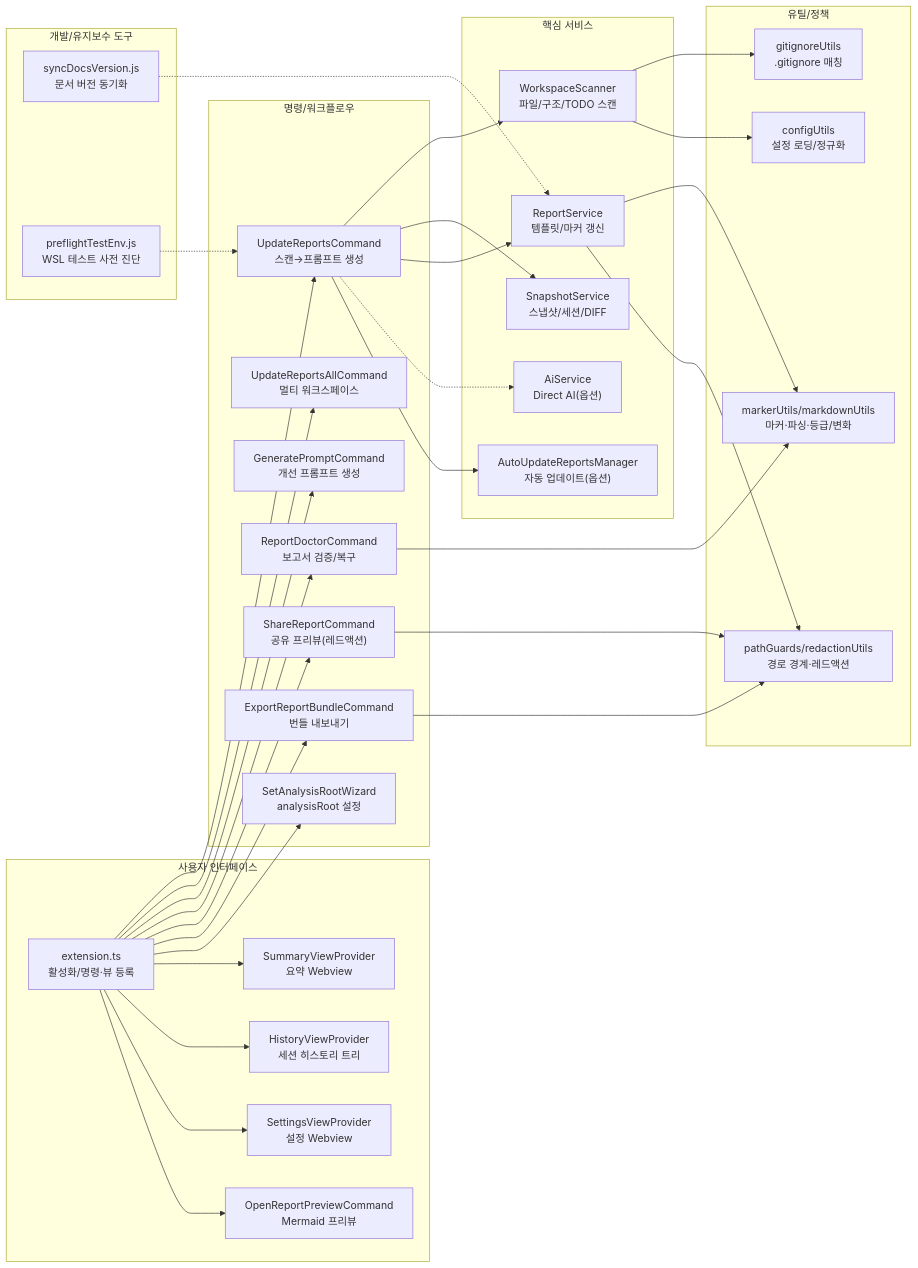
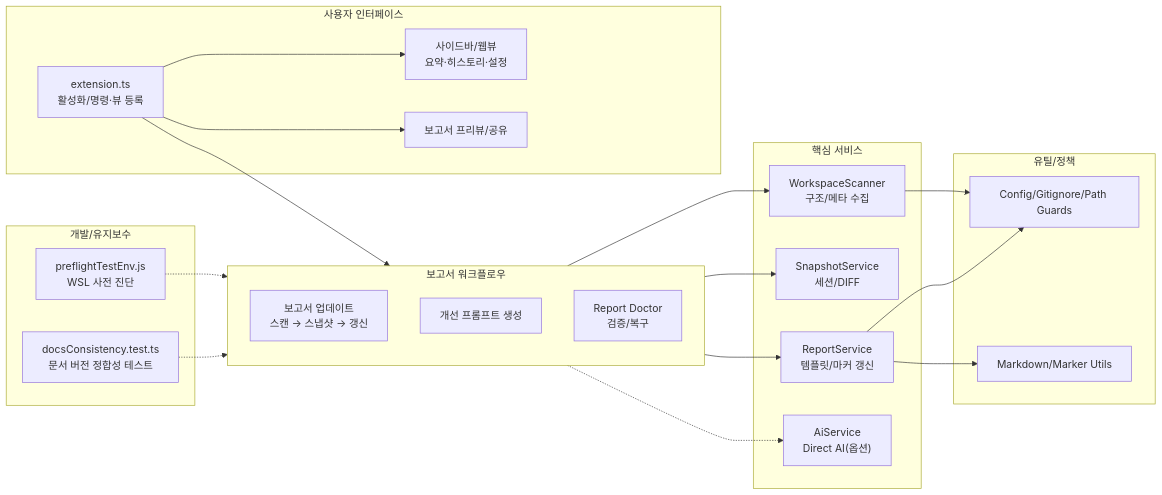
Before and after one commit to Stankjedi/projectmanager: the diagram in devplan/Project_Evaluation_Report.md, drawn with Mermaid. The commit also changed other lines of this file and 9 other files, not shown here.

````diff
--- a/devplan/Project_Evaluation_Report.md
+++ b/devplan/Project_Evaluation_Report.md
@@ -85,68 +84,47 @@
 ```mermaid
 flowchart LR
     subgraph UI["사용자 인터페이스"]
         Ext["extension.ts<br/>활성화/명령·뷰 등록"]
-        Summary["SummaryViewProvider<br/>요약 Webview"]
-        History["HistoryViewProvider<br/>세션 히스토리 트리"]
-        Settings["SettingsViewProvider<br/>설정 Webview"]
-        Preview["OpenReportPreviewCommand<br/>Mermaid 프리뷰"]
+        Views["사이드바/웹뷰<br/>요약·히스토리·설정"]
+        Preview["보고서 프리뷰/공유"]
     end
 
-    subgraph Commands["명령/워크플로우"]
-        Update["UpdateReportsCommand<br/>스캔→프롬프트 생성"]
-        UpdateAll["UpdateReportsAllCommand<br/>멀티 워크스페이스"]
-        GenPrompt["GeneratePromptCommand<br/>개선 프롬프트 생성"]
-        Doctor["ReportDoctorCommand<br/>보고서 검증/복구"]
-        Share["ShareReportCommand<br/>공유 프리뷰(레드액션)"]
-        Export["ExportReportBundleCommand<br/>번들 내보내기"]
-        RootWizard["SetAnalysisRootWizard<br/>analysisRoot 설정"]
+    subgraph Workflow["보고서 워크플로우"]
+        Update["보고서 업데이트<br/>스캔 → 스냅샷 → 갱신"]
+        Prompt["개선 프롬프트 생성"]
+        Doctor["Report Doctor<br/>검증/복구"]
     end
 
-    subgraph Services["핵심 서비스"]
-        Scanner["WorkspaceScanner<br/>파일/구조/TODO 스캔"]
-        Snapshot["SnapshotService<br/>스냅샷/세션/DIFF"]
+    subgraph Core["핵심 서비스"]
+        Scanner["WorkspaceScanner<br/>구조/메타 수집"]
+        Snapshot["SnapshotService<br/>세션/DIFF"]
         ReportSvc["ReportService<br/>템플릿/마커 갱신"]
-        Watcher["AutoUpdateReportsManager<br/>자동 업데이트(옵션)"]
         AI["AiService<br/>Direct AI(옵션)"]
     end
 
-    subgraph Utils["유틸/정책"]
-        Markers["markerUtils/markdownUtils<br/>마커·파싱·등급/변화"]
-        Guards["pathGuards/redactionUtils<br/>경로 경계·레드액션"]
-        Gitignore["gitignoreUtils<br/>.gitignore 매칭"]
-        Config["configUtils<br/>설정 로딩/정규화"]
+    subgraph Policy["유틸/정책"]
+        Rules["Config/Gitignore/Path Guards"]
+        Markdown["Markdown/Marker Utils"]
     end
 
-    subgraph Tooling["개발/유지보수 도구"]
-        DocsSync["syncDocsVersion.js<br/>문서 버전 동기화"]
-        Preflight["preflightTestEnv.js<br/>WSL 테스트 사전 진단"]
+    subgraph Tooling["개발/유지보수"]
+        Preflight["preflightTestEnv.js<br/>WSL 사전 진단"]
+        DocsCheck["docsConsistency.test.ts<br/>문서 버전 정합성 테스트"]
     end
 
-    Ext --> Update
-    Ext --> UpdateAll
-    Ext --> GenPrompt
-    Ext --> Doctor
-    Ext --> Share
-    Ext --> Export
-    Ext --> RootWizard
-    Ext --> Summary
-    Ext --> History
-    Ext --> Settings
+    Ext --> Views
     Ext --> Preview
+    Ext --> Workflow
 
-    Update --> Scanner
-    Update --> Snapshot
-    Update --> ReportSvc
-    Update -.-> AI
-    Update --> Watcher
+    Workflow --> Scanner
+    Workflow --> Snapshot
+    Workflow --> ReportSvc
+    Workflow -.-> AI
 
-    Scanner --> Gitignore
-    Scanner --> Config
-    ReportSvc --> Markers
-    ReportSvc --> Guards
-    Share --> Guards
-    Export --> Guards
-    Doctor --> Markers
-    Preflight -.-> Update
-    DocsSync -.-> ReportSvc
+    Scanner --> Rules
+    ReportSvc --> Markdown
+    ReportSvc --> Rules
+
+    Preflight -.-> Workflow
+    DocsCheck -.-> Workflow
 ```
````
